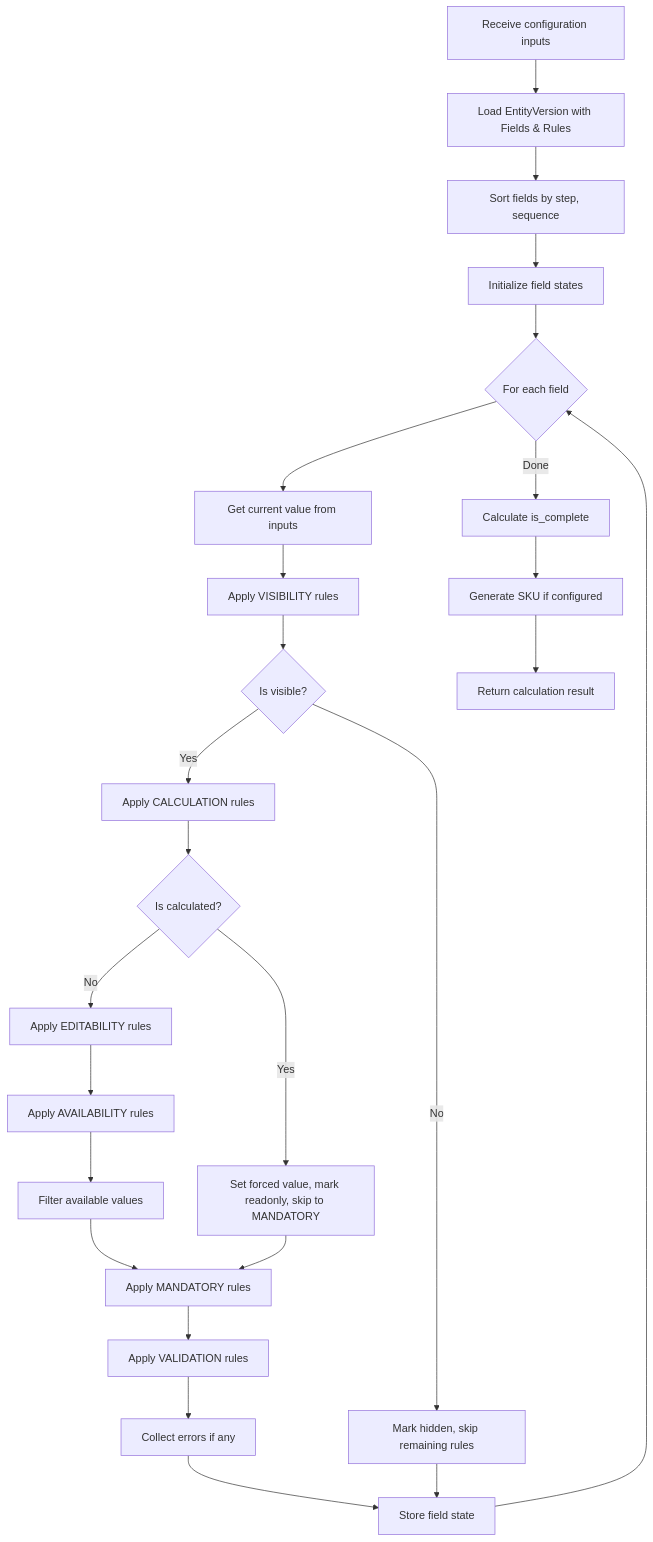
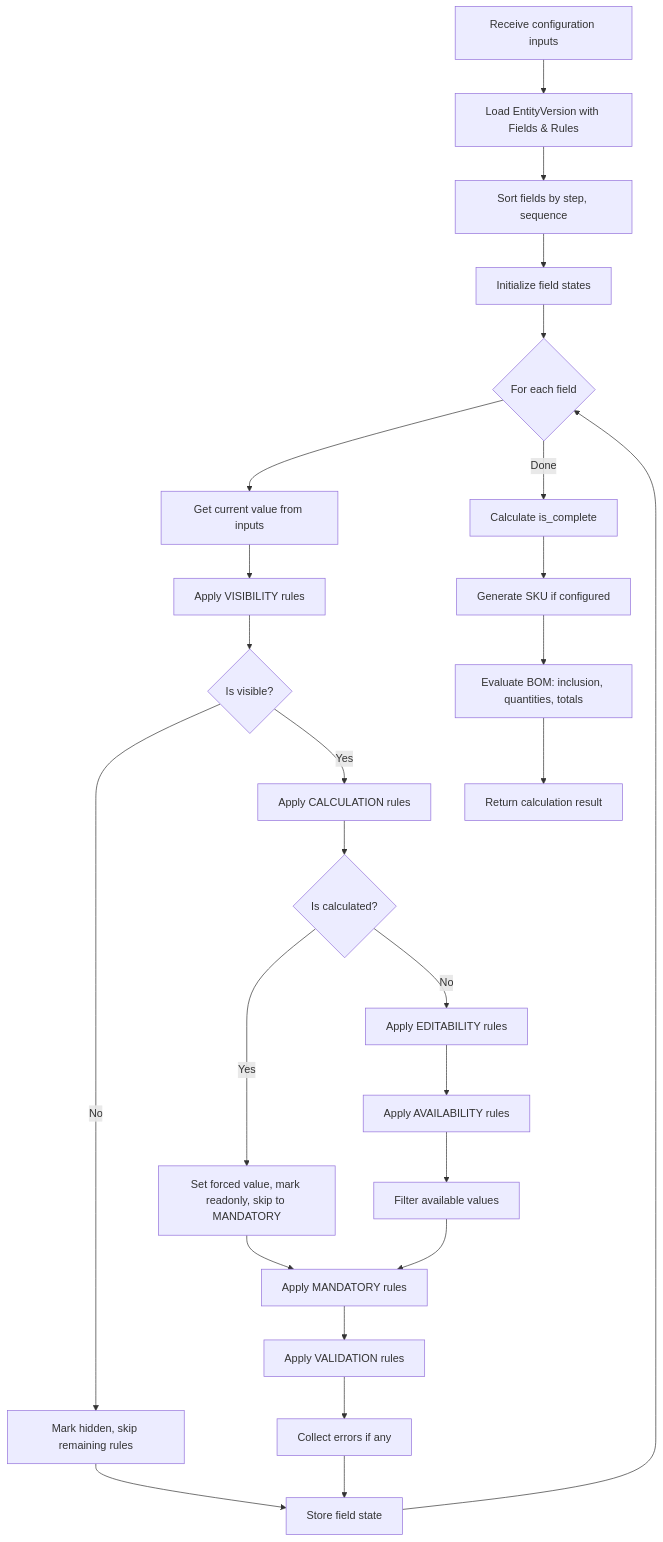
Before and after one commit to matteop3/rule_engine: the fourth of 4 diagrams in README.md, drawn with Mermaid. The commit also changed other lines of this file and 36 other files, not shown here.

Commit message:
Add BOM (Bill of Materials) generation with conditional inclusion, hierarchical technical/flat commercial BOMs, and configuration price tracking

````diff
--- a/README.md
+++ b/README.md
@@ -395,34 +430,35 @@
 ```mermaid
 flowchart TD
     A[Receive configuration inputs] --> B[Load EntityVersion with Fields & Rules]
     B --> C[Sort fields by step, sequence]
     C --> D[Initialize field states]
 
     D --> E{For each field}
     E --> F[Get current value from inputs]
     F --> G[Apply VISIBILITY rules]
     G --> H{Is visible?}
 
     H -->|No| I[Mark hidden, skip remaining rules]
     H -->|Yes| CA[Apply CALCULATION rules]
 
     CA --> CB{Is calculated?}
     CB -->|Yes| CC[Set forced value, mark readonly, skip to MANDATORY]
     CB -->|No| J[Apply EDITABILITY rules]
 
     J --> K[Apply AVAILABILITY rules]
     K --> L[Filter available values]
     L --> M[Apply MANDATORY rules]
     CC --> M
     M --> N[Apply VALIDATION rules]
 
     N --> O[Collect errors if any]
     O --> P[Store field state]
     P --> E
 
     E -->|Done| Q[Calculate is_complete]
     Q --> R[Generate SKU if configured]
-    R --> S[Return calculation result]
+    R --> BOM[Evaluate BOM: inclusion, quantities, totals]
+    BOM --> S[Return calculation result]
 
     I --> P
 ```
````
